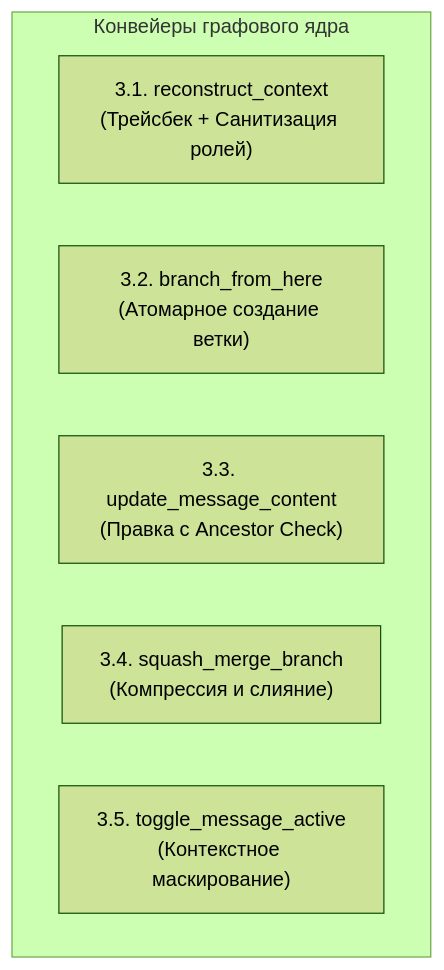
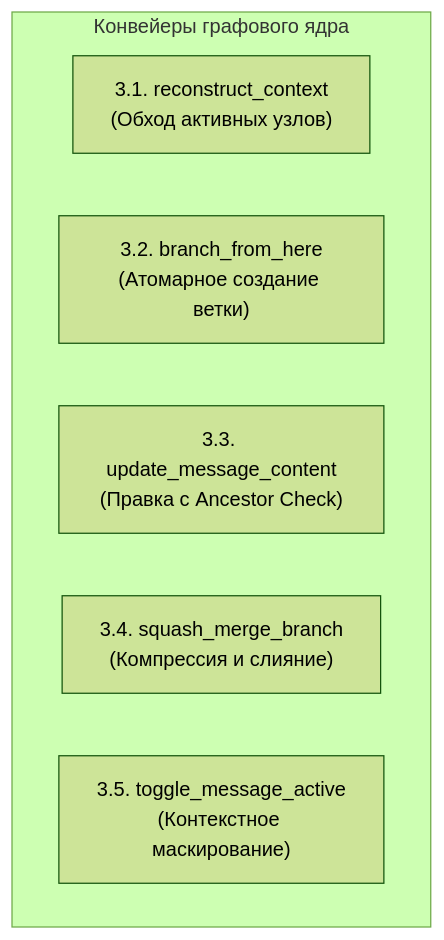
One commit to Curr3ncyV01D/exocortex changed the second of 6 diagrams in docs/SPEC.md. Above: the diagram before and after it, drawn with Mermaid (forest theme). The commit also changed other lines of this file and 2 other files, not shown here.

````diff
--- a/docs/SPEC.md
+++ b/docs/SPEC.md
@@ -248,10 +248,10 @@
 ```mermaid
 flowchart TD
     subgraph EnginePipelines ["Конвейеры графового ядра"]
-        A1["3.1. reconstruct_context\n(Трейсбек + Санитизация ролей)"]
+        A1["3.1. reconstruct_context\n(Обход активных узлов)"]
         A2["3.2. branch_from_here\n(Атомарное создание ветки)"]
         A3["3.3. update_message_content\n(Правка с Ancestor Check)"]
         A4["3.4. squash_merge_branch\n(Компрессия и слияние)"]
         A5["3.5. toggle_message_active\n(Контекстное маскирование)"]
     end
 ```
````
